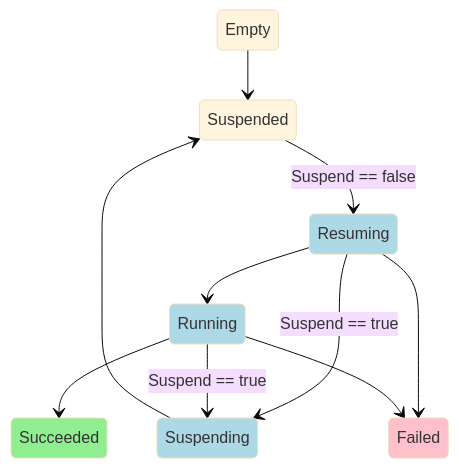
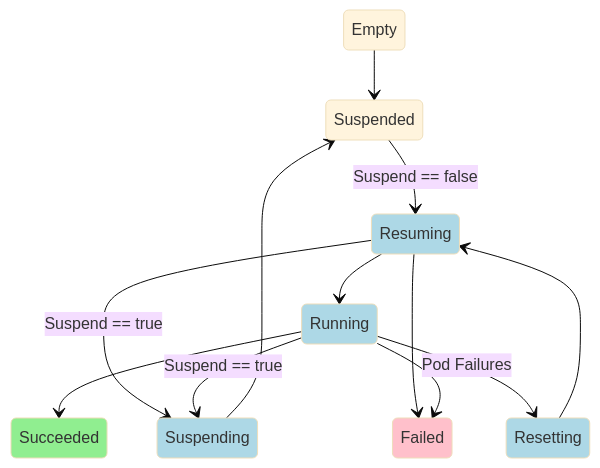
The diagram in docs/state-diagram.md (project-codeflare/appwrapper), drawn with Mermaid (base theme) before and after one commit. The commit also changed 6 other files, not shown here.

````diff
--- a/docs/state-diagram.md
+++ b/docs/state-diagram.md
@@ -19,37 +19,41 @@
 ```mermaid
 stateDiagram-v2
     e : Empty
 
     sd : Suspended
     rs : Resuming
     rn : Running
+    rt : Resetting
     sg : Suspending
     s  : Succeeded
     f  : Failed
 
     %% Happy Path
     e --> sd
     sd --> rs : Suspend == false
     rs --> rn
     rn --> s
 
     %% Requeuing
     rs --> sg : Suspend == true
     rn --> sg : Suspend == true
     sg --> sd
 
     %% Failures
     rs --> f
     rn --> f
+    rn --> rt : Pod Failures
+    rt --> rs
 
     classDef quota fill:lightblue
     class rs quota
     class rn quota
+    class rt quota
     class sg quota
 
     classDef failed fill:pink
     class f failed
 
     classDef succeeded fill:lightgreen
     class s succeeded
 ```
````
